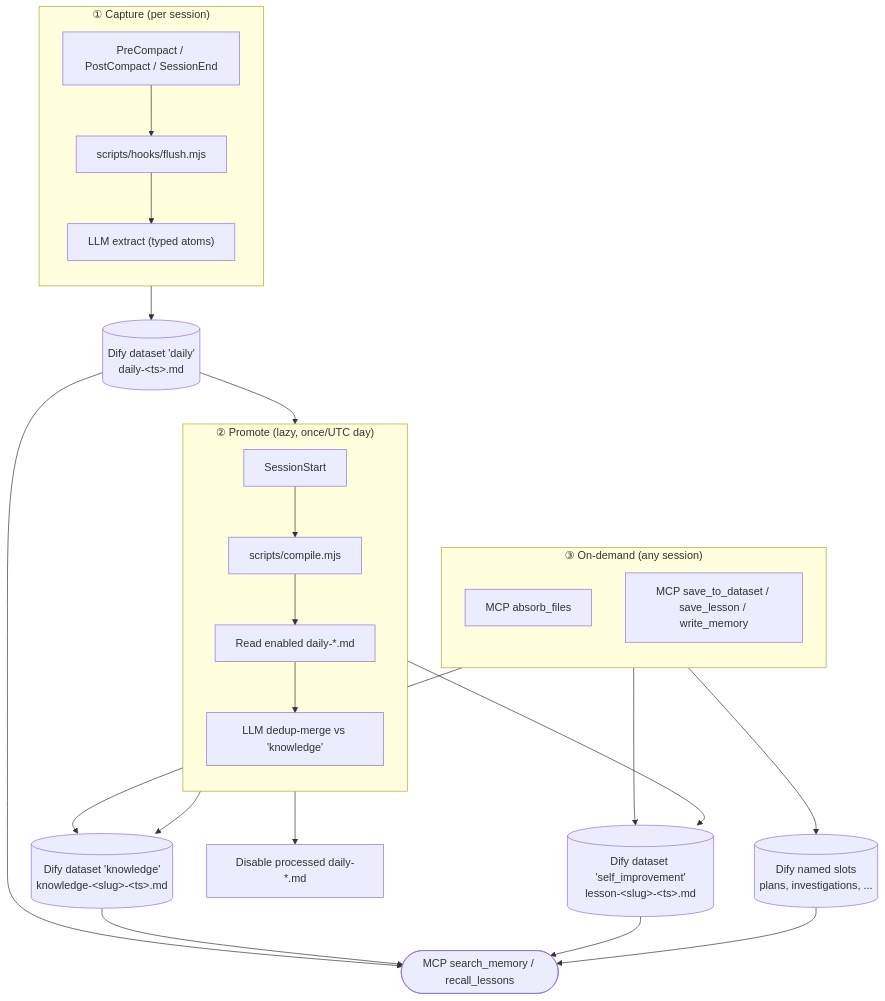
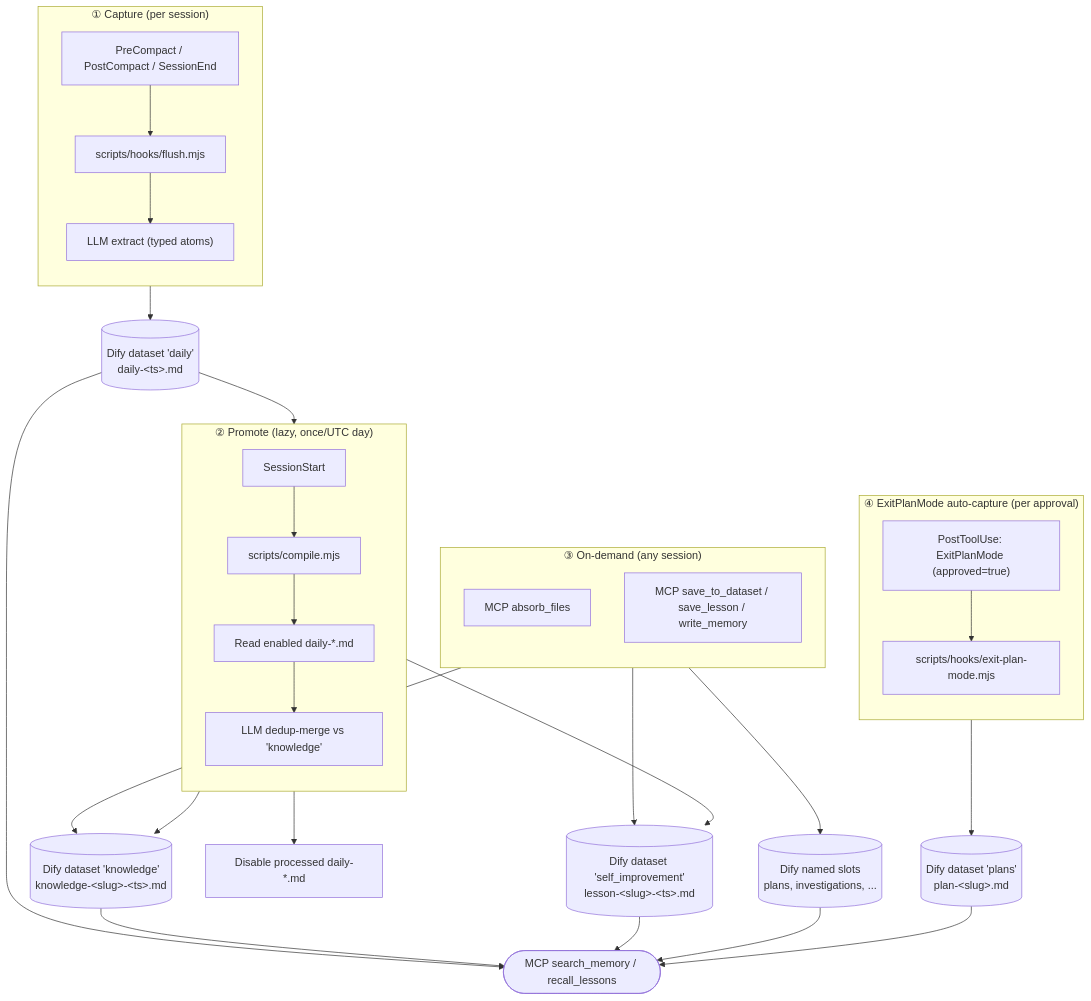
Before and after one commit to ctxr-dev/memory: the diagram in README.md, drawn with Mermaid. The commit also changed other lines of this file and 58 other files, not shown here.

First line of the commit message:
feat: typed memory pipeline + plan-capture + audit tools (#2)

````diff
--- a/README.md
+++ b/README.md
@@ -273,37 +284,44 @@
 ```mermaid
 flowchart TB
   subgraph Capture["① Capture (per session)"]
     direction TB
     Hook["PreCompact / PostCompact / SessionEnd"] --> Flush["scripts/hooks/flush.mjs"]
     Flush --> LLM1["LLM extract (typed atoms)"]
   end
 
   LLM1 --> DailyDataset[("Dify dataset 'daily'<br/>daily-&lt;ts&gt;.md")]
 
   subgraph Promote["② Promote (lazy, once/UTC day)"]
     direction TB
     Start["SessionStart"] --> Compile["scripts/compile.mjs"]
     Compile --> ReadDaily["Read enabled daily-*.md"]
     ReadDaily --> LLM2["LLM dedup-merge vs 'knowledge'"]
   end
 
   DailyDataset --> ReadDaily
   LLM2 --> KnowledgeDataset[("Dify dataset 'knowledge'<br/>knowledge-&lt;slug&gt;-&lt;ts&gt;.md")]
   LLM2 --> SelfImprovement[("Dify dataset 'self_improvement'<br/>lesson-&lt;slug&gt;-&lt;ts&gt;.md")]
   Compile --> DisableDaily["Disable processed daily-*.md"]
 
   subgraph OnDemand["③ On-demand (any session)"]
     direction TB
     Absorb["MCP absorb_files"]
     Save["MCP save_to_dataset / save_lesson / write_memory"]
   end
 
+  subgraph PlanCapture["④ ExitPlanMode auto-capture (per approval)"]
+    direction TB
+    ExitPlan["PostToolUse: ExitPlanMode (approved=true)"] --> ExitPlanScript["scripts/hooks/exit-plan-mode.mjs"]
+  end
+
   Absorb --> KnowledgeDataset
   Save --> AnyDataset[("Dify named slots<br/>plans, investigations, ...")]
   Save --> SelfImprovement
+  ExitPlanScript --> PlansDataset[("Dify dataset 'plans'<br/>plan-&lt;slug&gt;.md")]
 
   DailyDataset --> Search(["MCP search_memory / recall_lessons"])
   KnowledgeDataset --> Search
   SelfImprovement --> Search
   AnyDataset --> Search
+  PlansDataset --> Search
 ```
````
